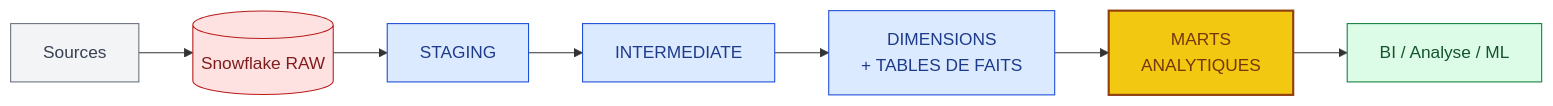
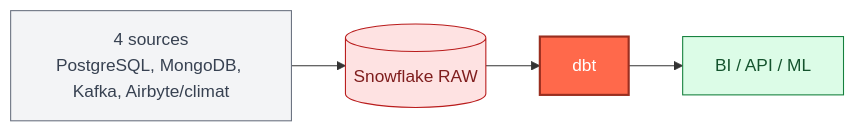
One commit to abdoudjigo/assaman-suuf changed the first of 11 diagrams in dbt_project/README_dbt_staging.md. Above: the diagram before and after it, drawn with Mermaid. The commit also changed other lines of this file, not shown here.

Commit message:
docs(dbt): mettre a jour la documentation

````diff
--- a/dbt_project/README_dbt_staging.md
+++ b/dbt_project/README_dbt_staging.md
@@ -62,20 +42,15 @@
 ```mermaid
 flowchart LR
-    SRC["Sources"] --> RAW[("Snowflake RAW")]
-    RAW --> STG["STAGING"]
-    STG --> INT["INTERMEDIATE"]
-    INT --> DF["DIMENSIONS<br/>+ TABLES DE FAITS"]
-    DF --> MA["MARTS<br/>ANALYTIQUES"]
-    MA --> BI["BI / Analyse / ML"]
+    SRC["4 sources<br/>PostgreSQL, MongoDB, Kafka, Airbyte/climat"] --> RAW[("Snowflake RAW")]
+    RAW --> DBT["dbt"]
+    DBT --> OUT["BI / API / ML"]
 
     classDef src fill:#F3F4F6,stroke:#6B7280,color:#374151
     classDef raw fill:#FEE2E2,stroke:#B91C1C,color:#7F1D1D
-    classDef couche fill:#DBEAFE,stroke:#1D4ED8,color:#1E3A8A
-    classDef mart fill:#F2C811,stroke:#92400E,color:#78350F,stroke-width:2px
-    classDef sortie fill:#DCFCE7,stroke:#15803D,color:#14532D
+    classDef dbt fill:#FF694B,stroke:#9A2E1F,color:#fff,stroke-width:2px
+    classDef out fill:#DCFCE7,stroke:#15803D,color:#14532D
     class SRC src
     class RAW raw
-    class STG,INT,DF couche
-    class MA mart
-    class BI sortie
+    class DBT dbt
+    class OUT out
 ```
````
